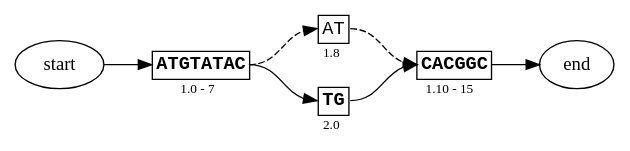
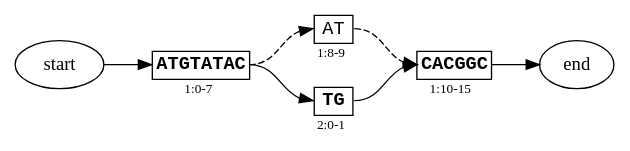
Before and after one commit to ginkgobioworks/gen: the diagram in docs/figures/figure_2_symmetrical.dot, drawn with Graphviz. The commit also changed 18 other files, not shown here.

```diff
--- a/docs/figures/figure_2_symmetrical.dot
+++ b/docs/figures/figure_2_symmetrical.dot
@@ -1,27 +1,27 @@
 strict digraph "" {
 	graph [rankdir=LR,
 		ranksep=0.5,
 		splines=true
 	];
 	node [label="\N"];
 	start	[label=start];
-	1.0	[label=<<TABLE BORDER='0' CELLBORDER='1' CELLSPACING='0'><TR><TD ALIGN='CENTER' PORT='seq'><FONT FACE='Courier'><B>ATGTATAC</B></FONT></TD></TR><TR><TD BORDER='0' ALIGN='CENTER'><FONT POINT-SIZE='10'>1.0 - 7</FONT></TD></TR></TABLE>>,
+	1.0	[label=<<TABLE BORDER='0' CELLBORDER='1' CELLSPACING='0'><TR><TD ALIGN='CENTER' PORT='seq'><FONT FACE='Courier'><B>ATGTATAC</B></FONT></TD></TR><TR><TD BORDER='0' ALIGN='CENTER'><FONT POINT-SIZE='10'>1:0-7</FONT></TD></TR></TABLE>>,
 		margin=0,
 		shape=none];
 	start:e -> 1.0:seq:w;
-	1.8	[label=<<TABLE BORDER='0' CELLBORDER='1' CELLSPACING='0'><TR><TD ALIGN='CENTER' PORT='seq'><FONT FACE='Courier'>AT</FONT></TD></TR><TR><TD BORDER='0' ALIGN='CENTER'><FONT POINT-SIZE='10'>1.8</FONT></TD></TR></TABLE>>,
+	1.8	[label=<<TABLE BORDER='0' CELLBORDER='1' CELLSPACING='0'><TR><TD ALIGN='CENTER' PORT='seq'><FONT FACE='Courier'>AT</FONT></TD></TR><TR><TD BORDER='0' ALIGN='CENTER'><FONT POINT-SIZE='10'>1:8-9</FONT></TD></TR></TABLE>>,
 		margin=0,
 		shape=none];
 	1.0:seq:e -> 1.8:seq:w	[style=dashed];
-	2.0	[label=<<TABLE BORDER='0' CELLBORDER='1' CELLSPACING='0'><TR><TD ALIGN='CENTER' PORT='seq'><FONT FACE='Courier'><B>TG</B></FONT></TD></TR><TR><TD BORDER='0' ALIGN='CENTER'><FONT POINT-SIZE='10'>2.0</FONT></TD></TR></TABLE>>,
+	2.0	[label=<<TABLE BORDER='0' CELLBORDER='1' CELLSPACING='0'><TR><TD ALIGN='CENTER' PORT='seq'><FONT FACE='Courier'><B>TG</B></FONT></TD></TR><TR><TD BORDER='0' ALIGN='CENTER'><FONT POINT-SIZE='10'>2:0-1</FONT></TD></TR></TABLE>>,
 		margin=0,
 		shape=none];
 	1.0:seq:e -> 2.0:seq:w;
-	1.10	[label=<<TABLE BORDER='0' CELLBORDER='1' CELLSPACING='0'><TR><TD ALIGN='CENTER' PORT='seq'><FONT FACE='Courier'><B>CACGGC</B></FONT></TD></TR><TR><TD BORDER='0' ALIGN='CENTER'><FONT POINT-SIZE='10'>1.10 - 15</FONT></TD></TR></TABLE>>,
+	1.10	[label=<<TABLE BORDER='0' CELLBORDER='1' CELLSPACING='0'><TR><TD ALIGN='CENTER' PORT='seq'><FONT FACE='Courier'><B>CACGGC</B></FONT></TD></TR><TR><TD BORDER='0' ALIGN='CENTER'><FONT POINT-SIZE='10'>1:10-15</FONT></TD></TR></TABLE>>,
 		margin=0,
 		shape=none];
 	1.8:seq:e -> 1.10:seq:w	[style=dashed];
 	end	[label=end];
 	1.10:seq:e -> end:w;
 	2.0:seq:e -> 1.10:seq:w;
 }
```
